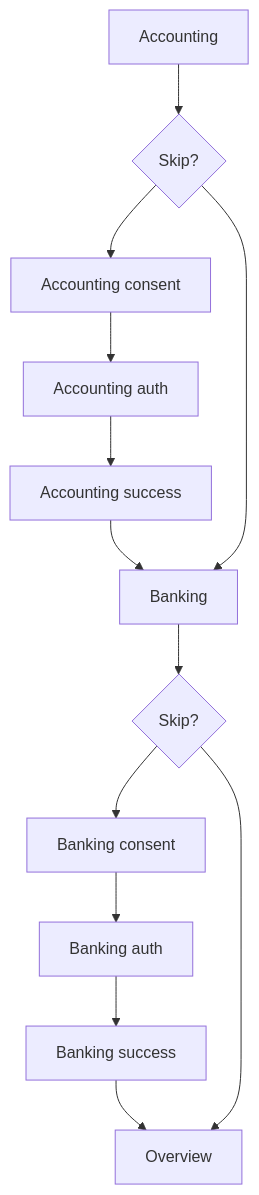
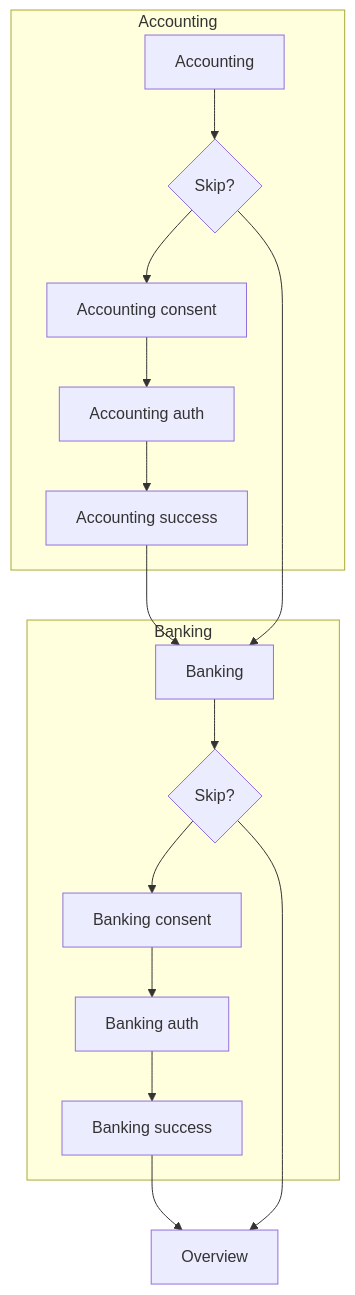
One commit to mcclowes/mermaid-examples changed the second of 2 diagrams in README.md. Above: the diagram before and after it, drawn with Mermaid.

````diff
--- a/README.md
+++ b/README.md
@@ -14,15 +14,19 @@
 ```mermaid
 graph TD;
+    subgraph Accounting
     A[Accounting]-->B{Skip?};
     B-->C[Accounting consent];
     C-->D[Accounting auth];
     D-->E[Accounting success];
+    end
+    subgraph Banking
     E-->F[Banking]
     B-->F
     F-->G{Skip?};
     G-->H[Banking consent];
     H-->I[Banking auth];
     I-->J[Banking success];
+    end
     J-->K[Overview]
     G-->K
 ```
````
